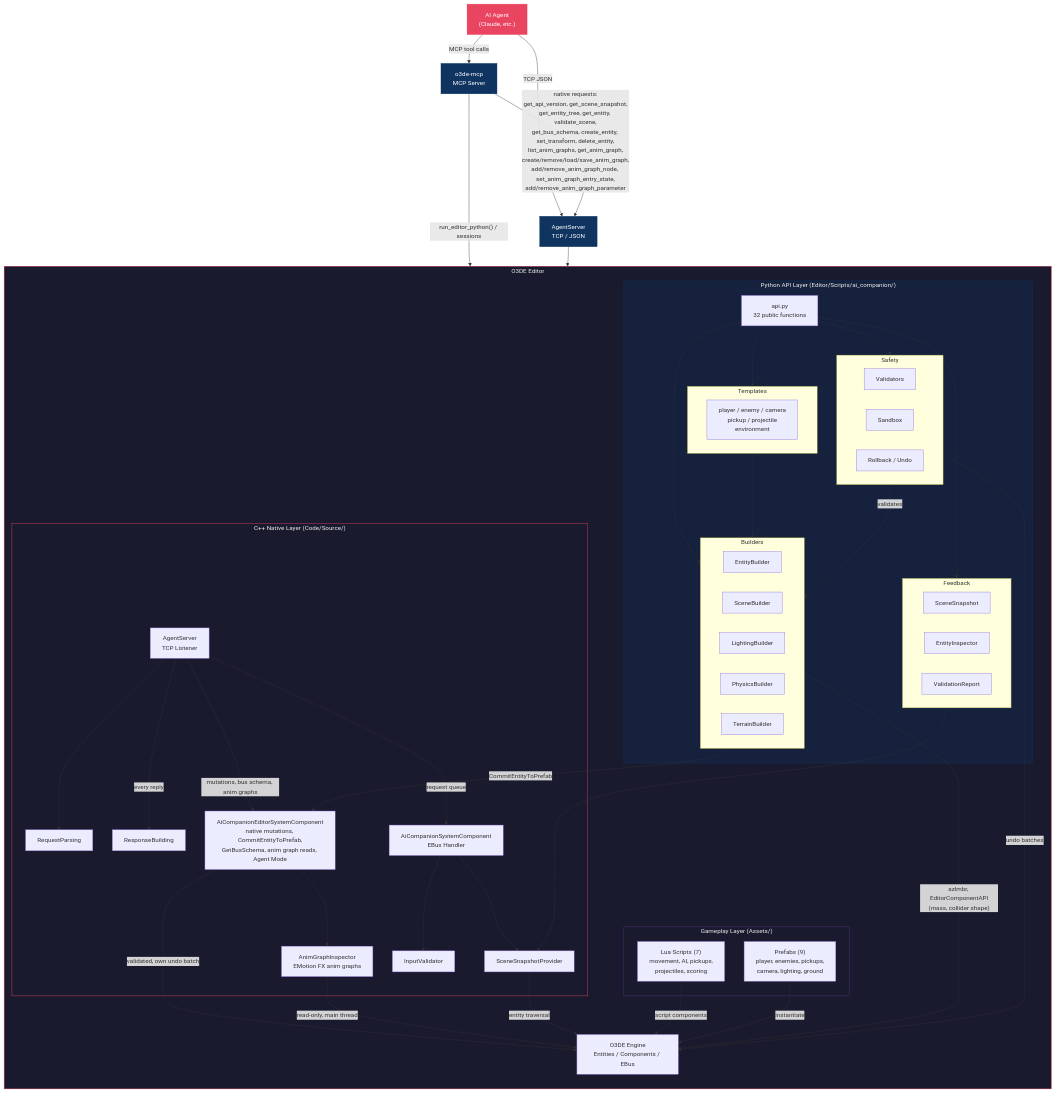
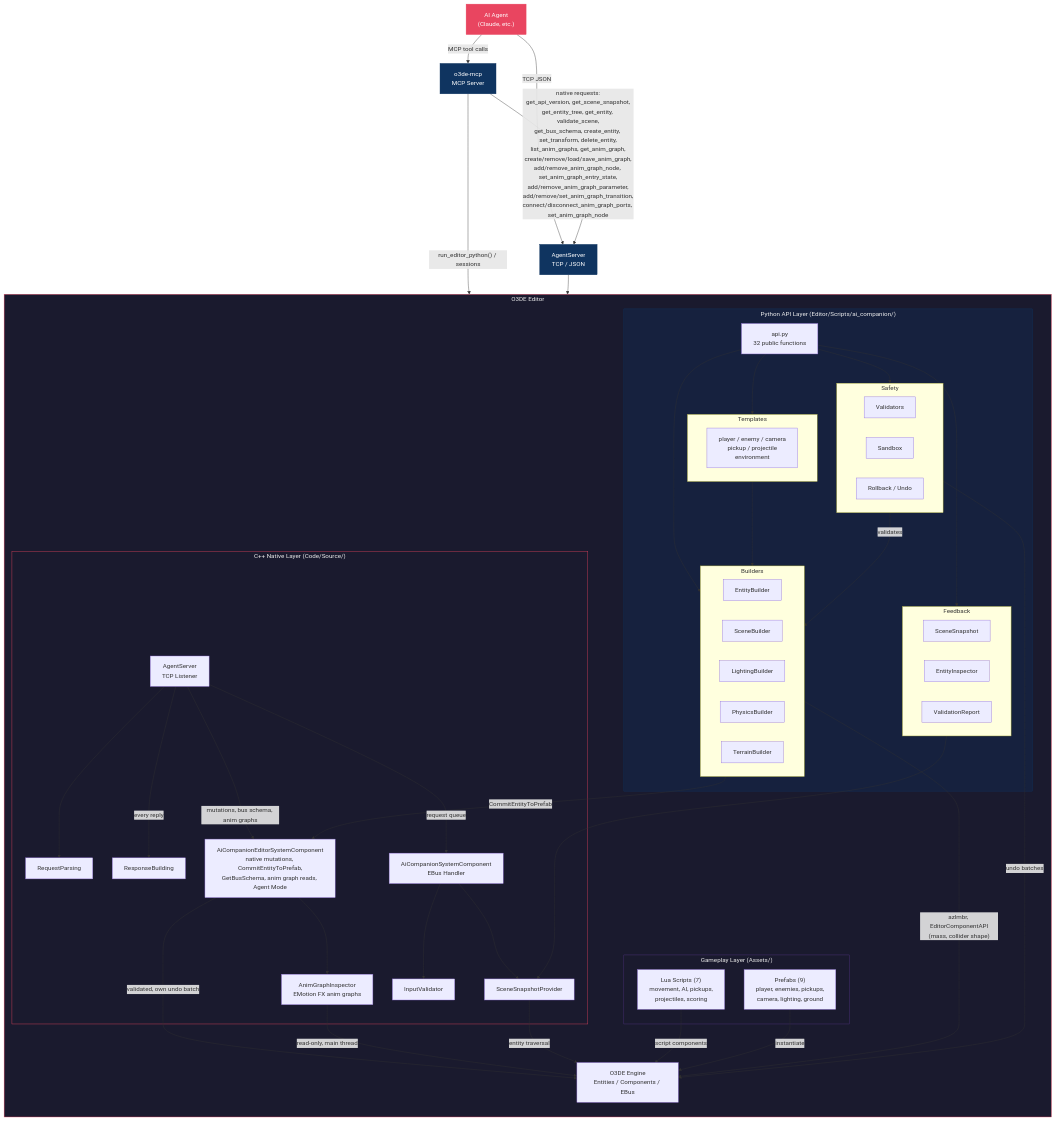
Before and after one commit to nickschuetz/o3de-ai-companion-gem: the diagram in Docs/architecture.md, drawn with Mermaid. The commit also changed other lines of this file and 18 other files, not shown here.

First line of the commit message:
Add anim graph wiring: transitions with conditions, blend tree ports, node edits

```diff
--- a/Docs/architecture.md
+++ b/Docs/architecture.md
@@ -72,7 +72,7 @@
     Agent -->|"MCP tool calls"| MCP
     Agent -->|"TCP JSON"| AgentSrv
     MCP -->|"run_editor_python() / sessions"| API
-    MCP -->|"native requests:<br/>get_api_version, get_scene_snapshot,<br/>get_entity_tree, get_entity, validate_scene,<br/>get_bus_schema, create_entity, set_transform, delete_entity,<br/>list_anim_graphs, get_anim_graph,<br/>create/remove/load/save_anim_graph,<br/>add/remove_anim_graph_node, set_anim_graph_entry_state,<br/>add/remove_anim_graph_parameter"| AgentSrv
+    MCP -->|"native requests:<br/>get_api_version, get_scene_snapshot,<br/>get_entity_tree, get_entity, validate_scene,<br/>get_bus_schema, create_entity, set_transform, delete_entity,<br/>list_anim_graphs, get_anim_graph,<br/>create/remove/load/save_anim_graph,<br/>add/remove_anim_graph_node, set_anim_graph_entry_state,<br/>add/remove_anim_graph_parameter,<br/>add/remove/set_anim_graph_transition,<br/>connect/disconnect_anim_graph_ports, set_anim_graph_node"| AgentSrv
     AgentSrv --> AS
     AS --> RP
     AS -->|"every reply"| RSP
```
